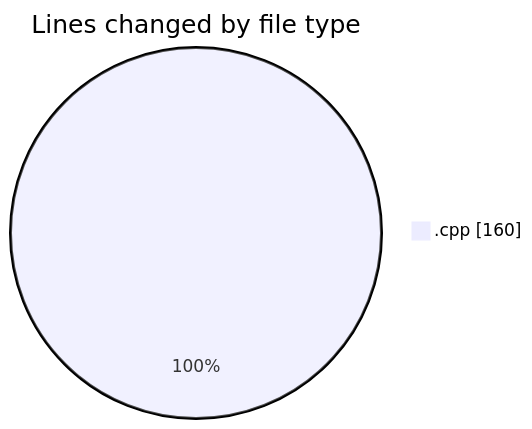
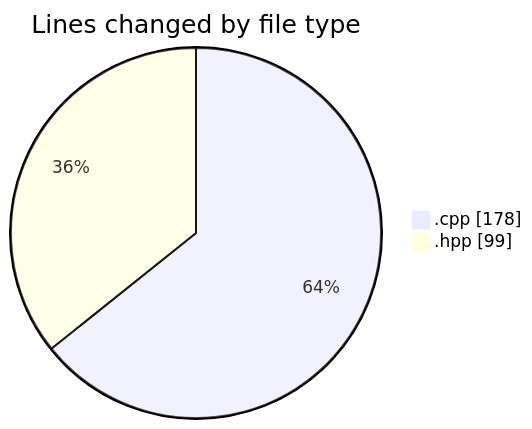
The first of 2 diagrams in 2025-04-25/echo/README.md (Netris89/code-tracking), drawn with Mermaid before and after one commit. The commit also changed other lines of this file and 1 other file, not shown here.

````diff
--- a/2025-04-25/echo/README.md
+++ b/2025-04-25/echo/README.md
@@ -20,5 +21,6 @@
 ```mermaid
 pie showData
 title Lines changed by file type
-".cpp" : 160
+".cpp" : 178
+".hpp" : 99
 ```
````
